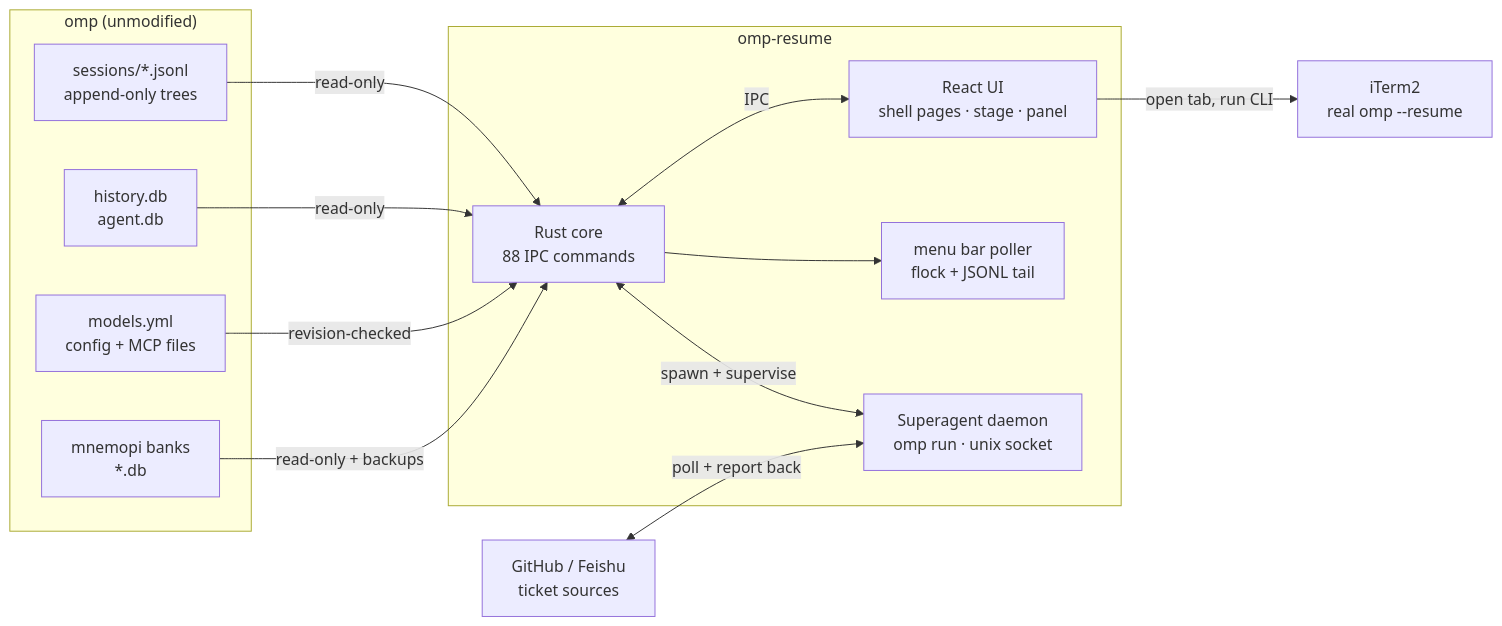
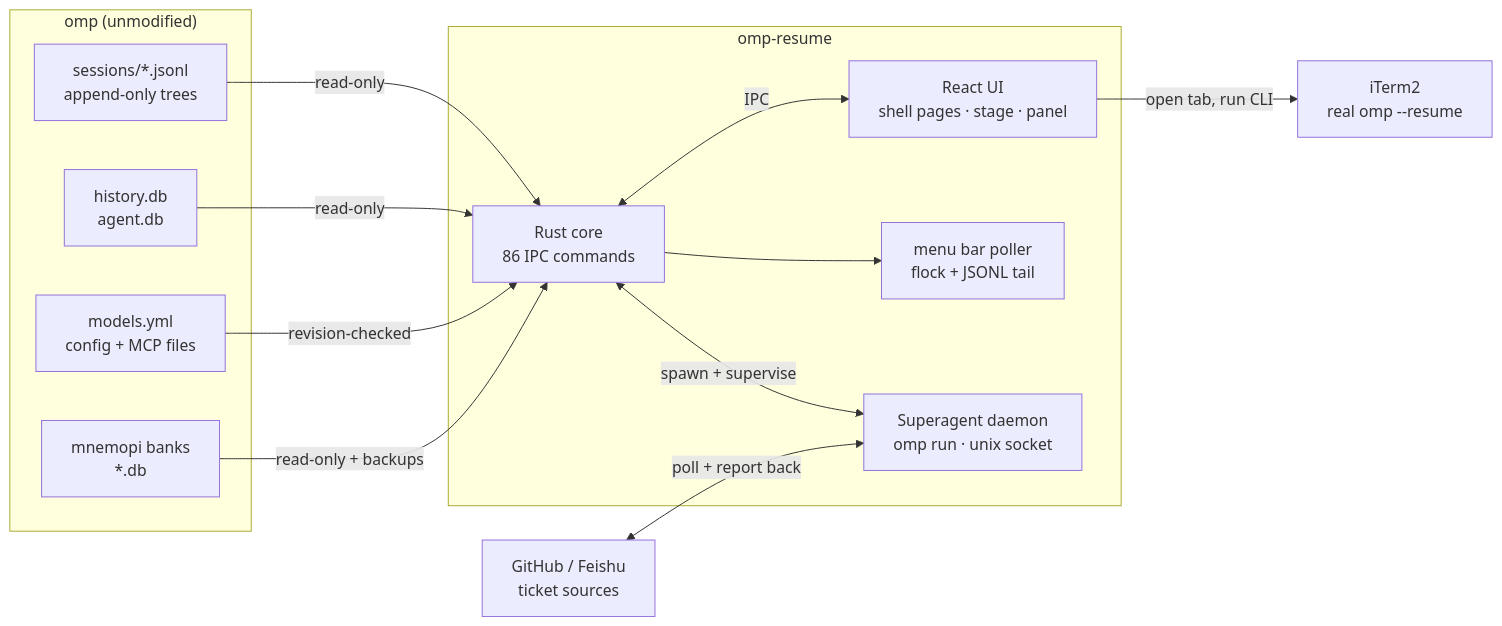
Before and after one commit to cjcj5438/omp-resume: the diagram in README.md, drawn with Mermaid. The commit also changed other lines of this file and 48 other files, not shown here.

````diff
--- a/README.md
+++ b/README.md
@@ -220,29 +216,29 @@
 ```mermaid
 flowchart LR
     subgraph omp["omp (unmodified)"]
         SJ["sessions/*.jsonl<br/>append-only trees"]
         DB["history.db<br/>agent.db"]
         CFG["models.yml<br/>config + MCP files"]
         MEM["mnemopi banks<br/>*.db"]
     end
 
     subgraph app["omp-resume"]
-        RS["Rust core<br/>88 IPC commands"]
+        RS["Rust core<br/>86 IPC commands"]
         UI["React UI<br/>shell pages · stage · panel"]
         MB["menu bar poller<br/>flock + JSONL tail"]
         SA["Superagent daemon<br/>omp run · unix socket"]
     end
 
     IT["iTerm2<br/>real omp --resume"]
     GH["GitHub / Feishu<br/>ticket sources"]
 
     SJ -->|read-only| RS
     DB -->|read-only| RS
     CFG -->|revision-checked| RS
     MEM -->|read-only + backups| RS
     RS <-->|IPC| UI
     RS --> MB
     RS <-->|spawn + supervise| SA
     UI -->|"open tab, run CLI"| IT
     GH <-->|"poll + report back"| SA
 ```
````
